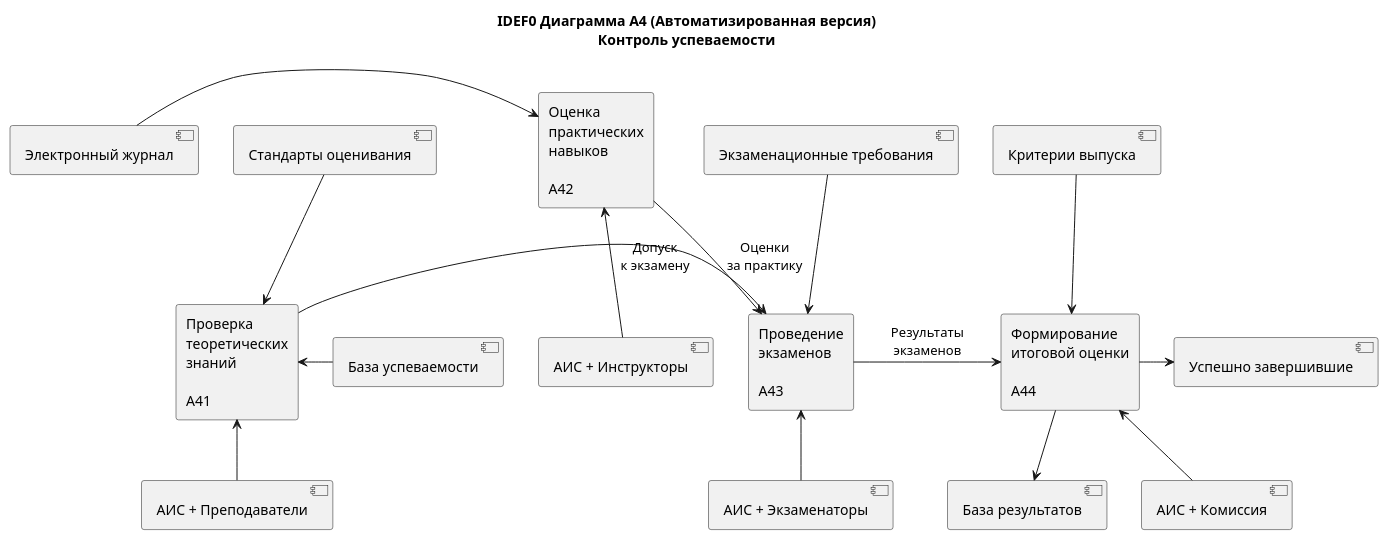
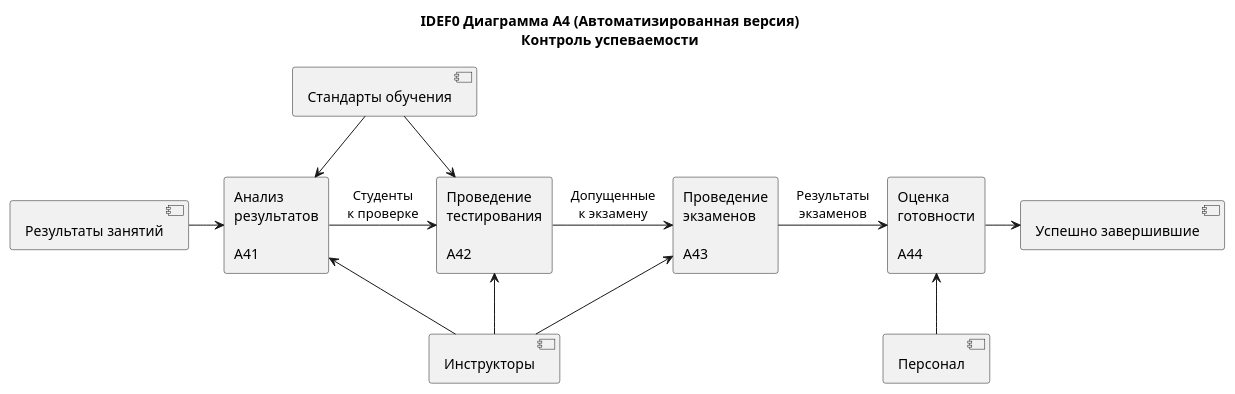
The diagram in diagrams/idef0/automated/A4_control.puml (oINCLUDEo/Coursework2), drawn with PlantUML before and after one commit. The commit also changed 9 other files, not shown here.

Commit message:
Fix IDEF0 consistency: all elements in child diagrams now come from parent level

```diff
--- a/diagrams/idef0/automated/A4_control.puml
+++ b/diagrams/idef0/automated/A4_control.puml
@@ -1,34 +1,31 @@
 @startuml A4 Контроль успеваемости (Автоматизированная)
 
 title IDEF0 Диаграмма A4 (Автоматизированная версия)\nКонтроль успеваемости
 
-rectangle "Проверка\nтеоретических\nзнаний\n\nA41" as A41
-rectangle "Оценка\nпрактических\nнавыков\n\nA42" as A42
+rectangle "Анализ\nрезультатов\n\nA41" as A41
+rectangle "Проведение\nтестирования\n\nA42" as A42
 rectangle "Проведение\nэкзаменов\n\nA43" as A43
-rectangle "Формирование\nитоговой оценки\n\nA44" as A44
+rectangle "Оценка\nготовности\n\nA44" as A44
 
-' Входы - максимум 3
-[База успеваемости] -right-> A41
-[Электронный журнал] -right-> A42
+' Входы - внутренний поток от A3
+[Результаты занятий] -right-> A41
 
 ' Потоки между процессами
-A41 -right-> A43 : Допуск\nк экзамену
-A42 -down-> A43 : Оценки\nза практику
+A41 -right-> A42 : Студенты\nк проверке
+A42 -right-> A43 : Допущенные\nк экзамену
 A43 -right-> A44 : Результаты\nэкзаменов
 
-' Управление - максимум 4
-[Стандарты оценивания] -down-> A41
-[Экзаменационные требования] -down-> A43
-[Критерии выпуска] -down-> A44
+' Управление - те же что в A0 для процесса A4
+[Стандарты обучения] -down-> A41
+[Стандарты обучения] -down-> A42
 
-' Выходы - максимум 4
+' Выходы - внутренний поток к A5
 A44 -right-> [Успешно завершившие]
-A44 -down-> [База результатов]
 
-' Механизмы - максимум 5
-[АИС + Преподаватели] -up-> A41
-[АИС + Инструкторы] -up-> A42
-[АИС + Экзаменаторы] -up-> A43
-[АИС + Комиссия] -up-> A44
+' Механизмы - те же что в A0 для процесса A4
+[Инструкторы] -up-> A41
+[Инструкторы] -up-> A42
+[Инструкторы] -up-> A43
+[Персонал] -up-> A44
 
 @enduml
```
